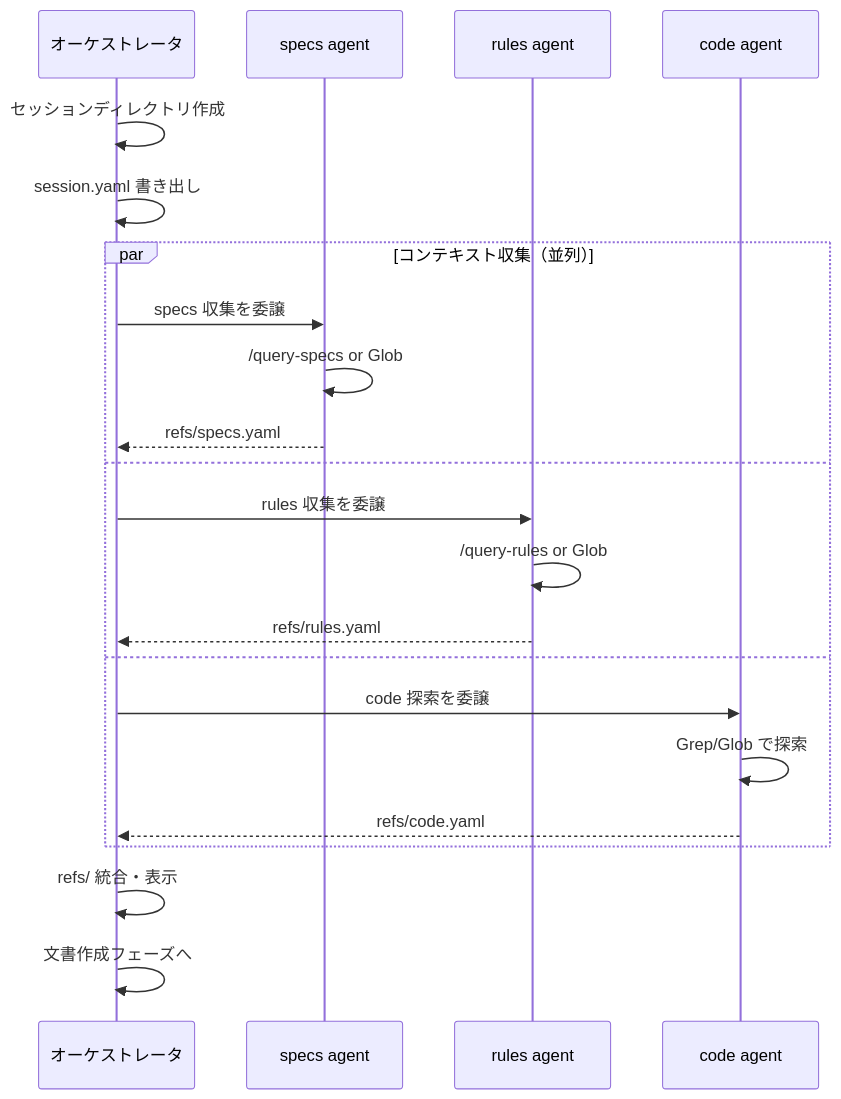
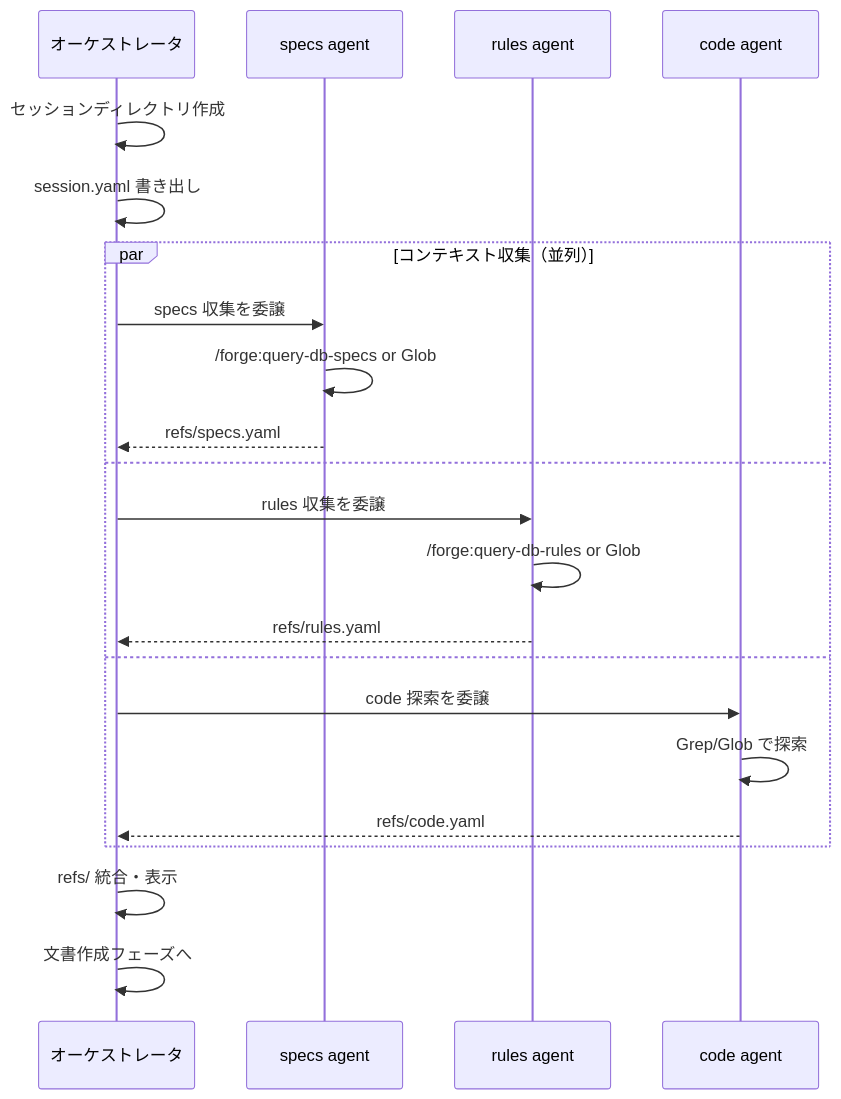
One commit to BlueEventHorizon/bw-cc-plugins changed the first of 2 diagrams in docs/specs/forge/design/DES-010_create_skills_orchestrator_design.md. Above: the diagram before and after it, drawn with Mermaid. The commit also changed other lines of this file and 37 other files, not shown here.

````diff
--- a/docs/specs/forge/design/DES-010_create_skills_orchestrator_design.md
+++ b/docs/specs/forge/design/DES-010_create_skills_orchestrator_design.md
@@ -114,27 +114,27 @@
 ```mermaid
 sequenceDiagram
     participant O as オーケストレータ
     participant S as specs agent
     participant R as rules agent
     participant C as code agent
 
     O->>O: セッションディレクトリ作成
     O->>O: session.yaml 書き出し
 
     par コンテキスト収集（並列）
         O->>S: specs 収集を委譲
-        S->>S: /query-specs or Glob
+        S->>S: /forge:query-db-specs or Glob
         S-->>O: refs/specs.yaml
     and
         O->>R: rules 収集を委譲
-        R->>R: /query-rules or Glob
+        R->>R: /forge:query-db-rules or Glob
         R-->>O: refs/rules.yaml
     and
         O->>C: code 探索を委譲
         C->>C: Grep/Glob で探索
         C-->>O: refs/code.yaml
     end
 
     O->>O: refs/ 統合・表示
     O->>O: 文書作成フェーズへ
 ```
````
